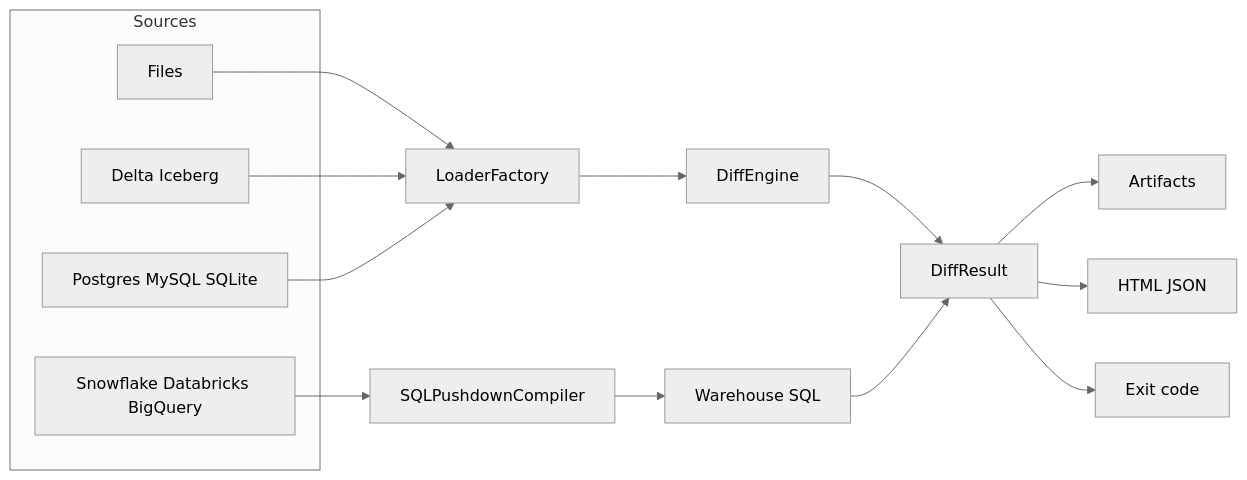
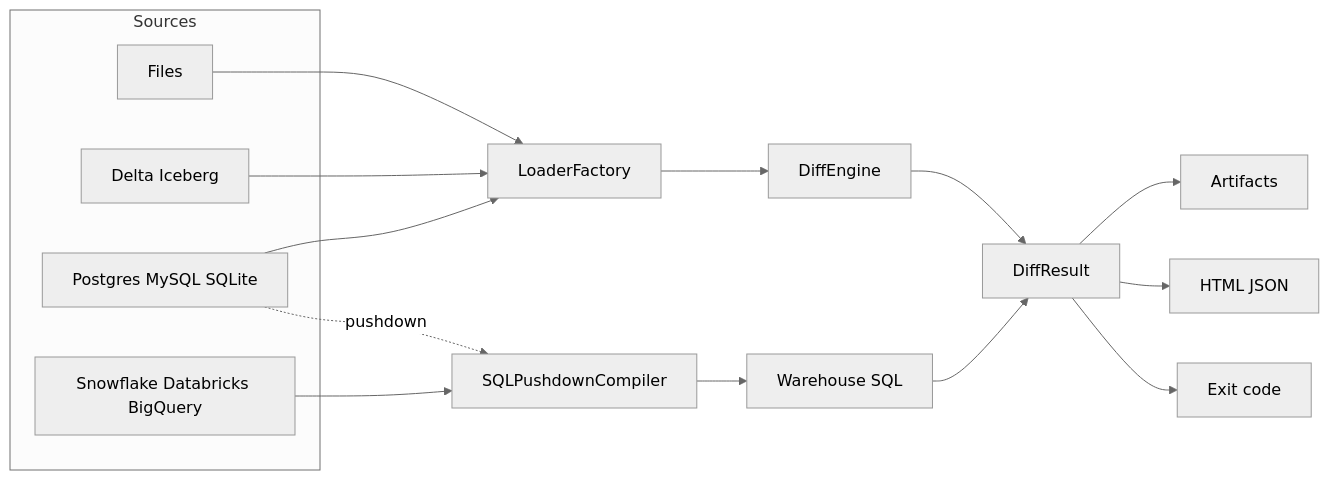
The diagram in README.md (Veridelta/veridelta), drawn with Mermaid (neutral theme) before and after one commit. The commit also changed other lines of this file and 25 other files, not shown here.

````diff
--- a/README.md
+++ b/README.md
@@ -33,20 +33,21 @@
 ```mermaid
 flowchart LR
   subgraph sources [Sources]
     files[Files]
     lakehouse[Delta Iceberg]
     databases[Postgres MySQL SQLite]
     warehouse[Snowflake Databricks BigQuery]
   end
   files --> loader[LoaderFactory]
   lakehouse --> loader
   databases --> loader
   warehouse --> compiler[SQLPushdownCompiler]
+  databases -. pushdown .-> compiler
   loader --> engine["DiffEngine"]
   engine --> result[DiffResult]
   compiler --> warehouseSql[Warehouse SQL]
   warehouseSql --> result
   result --> artifacts[Artifacts]
   result --> reports["HTML JSON"]
   result --> exitCode[Exit code]
 ```
````
